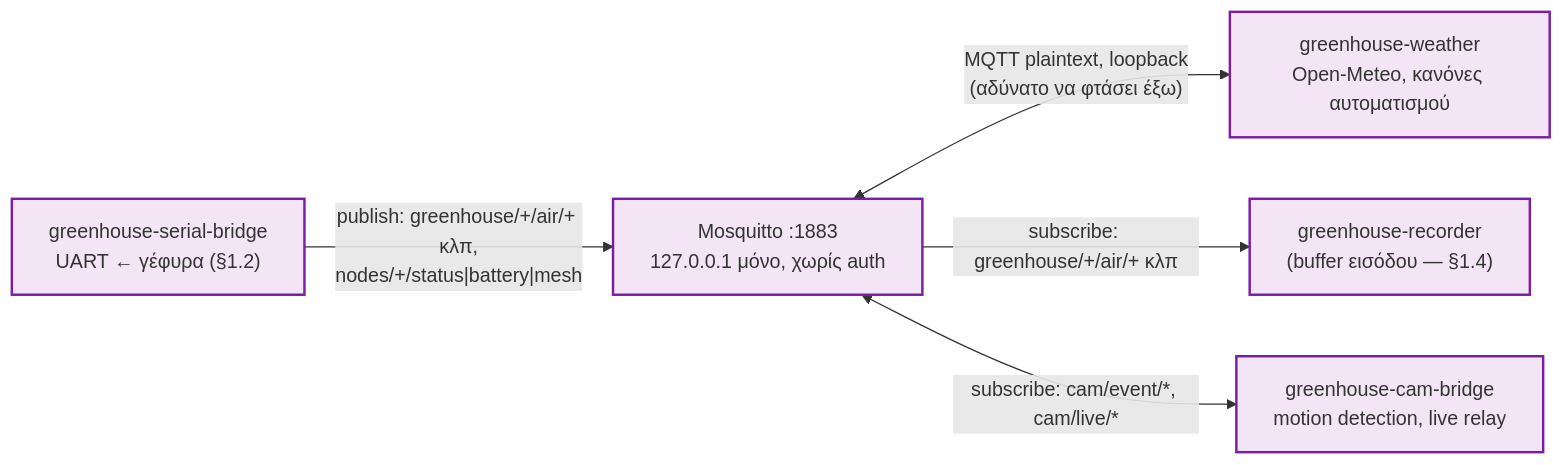
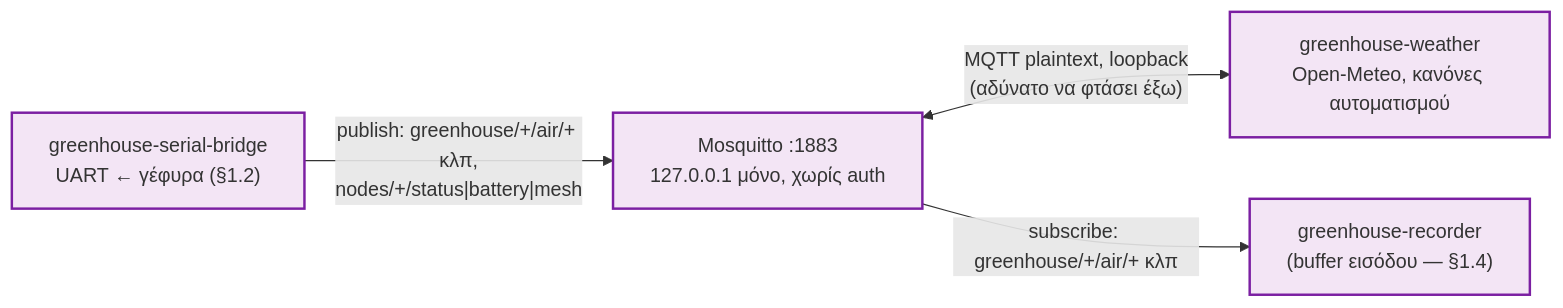
One commit to vtsitotas/GreenHouse changed the third of 8 diagrams in docs/ARCHITECTURE.md. Above: the diagram before and after it, drawn with Mermaid. The commit also changed other lines of this file and 49 other files, not shown here.

````diff
--- a/docs/ARCHITECTURE.md
+++ b/docs/ARCHITECTURE.md
@@ -99,15 +99,13 @@
 ```mermaid
 flowchart LR
     classDef sw fill:#f3e5f5,stroke:#7b1fa2,stroke-width:2px;
 
     SerialBridge["greenhouse-serial-bridge<br/>UART ← γέφυρα (§1.2)"]:::sw
     Broker["Mosquitto :1883<br/>127.0.0.1 μόνο, χωρίς auth"]:::sw
     Weather["greenhouse-weather<br/>Open-Meteo, κανόνες αυτοματισμού"]:::sw
     RecEntry["greenhouse-recorder<br/>(buffer εισόδου — §1.4)"]:::sw
-    CamBridge["greenhouse-cam-bridge<br/>motion detection, live relay"]:::sw
 
     SerialBridge -->|"publish: greenhouse/+/air/+ κλπ,<br/>nodes/+/status|battery|mesh"| Broker
     Broker <-->|"MQTT plaintext, loopback<br/>(αδύνατο να φτάσει έξω)"| Weather
     Broker -->|"subscribe: greenhouse/+/air/+ κλπ"| RecEntry
-    Broker <-->|"subscribe: cam/event/*, cam/live/*"| CamBridge
 ```
````
